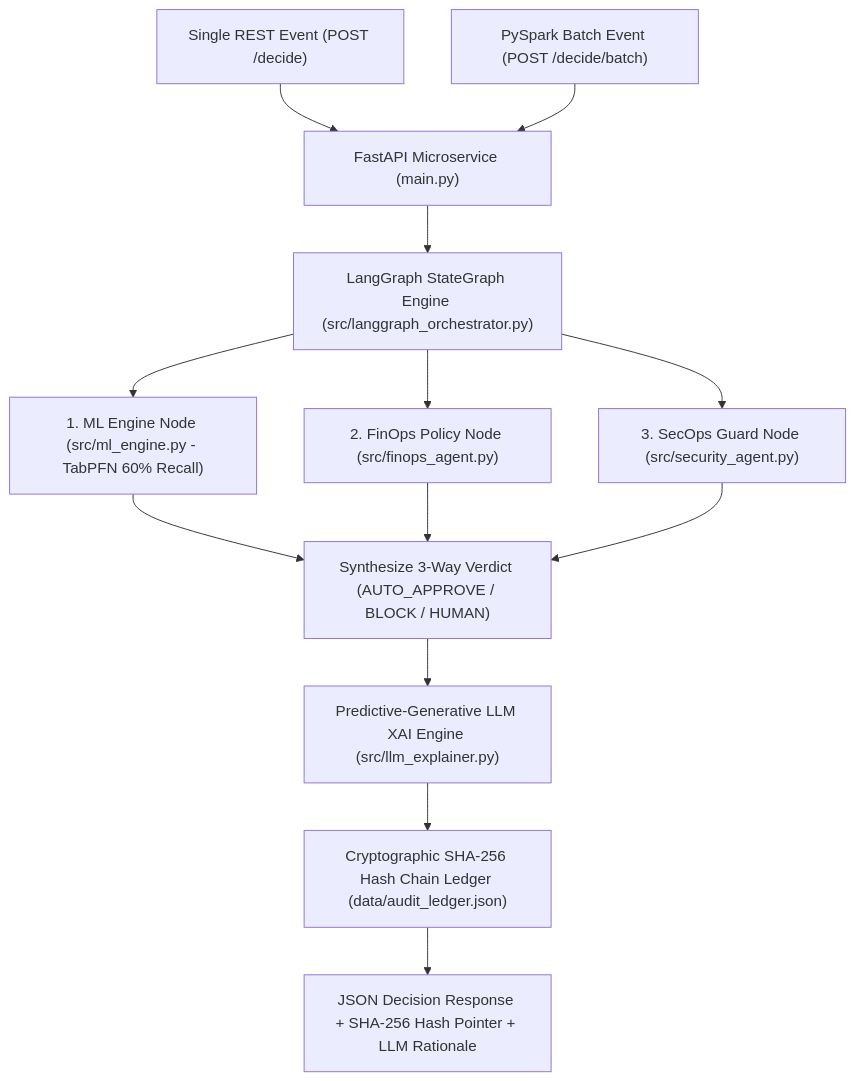
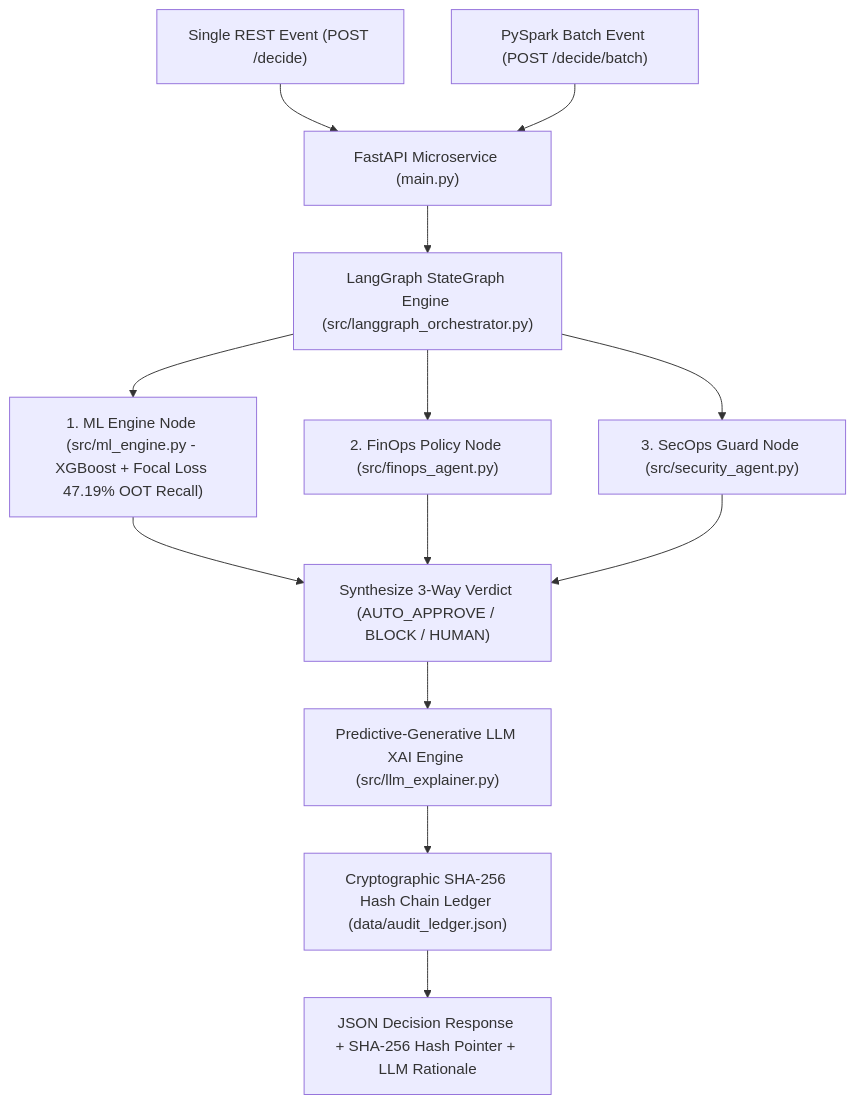
One commit to PriyankaHichkad/FinOps-Security-Agent changed the second of 3 diagrams in docs/DeveloperGuide.md. Above: the diagram before and after it, drawn with Mermaid. The commit also changed other lines of this file and 2 other files, not shown here.

Commit message:
Update Architecture-XGBoost

````diff
--- a/docs/DeveloperGuide.md
+++ b/docs/DeveloperGuide.md
@@ -50,15 +50,15 @@
 ```mermaid
 graph TD
     A1["Single REST Event (POST /decide)"] --> B["FastAPI Microservice (main.py)"]
     A2["PySpark Batch Event (POST /decide/batch)"] --> B
     B --> C["LangGraph StateGraph Engine (src/langgraph_orchestrator.py)"]
     
-    C --> D["1. ML Engine Node (src/ml_engine.py - TabPFN 60% Recall)"]
+    C --> D["1. ML Engine Node (src/ml_engine.py - XGBoost + Focal Loss 47.19% OOT Recall)"]
     C --> E["2. FinOps Policy Node (src/finops_agent.py)"]
     C --> F["3. SecOps Guard Node (src/security_agent.py)"]
     
     D & E & F --> G["Synthesize 3-Way Verdict (AUTO_APPROVE / BLOCK / HUMAN)"]
     G --> H["Predictive-Generative LLM XAI Engine (src/llm_explainer.py)"]
     H --> I["Cryptographic SHA-256 Hash Chain Ledger (data/audit_ledger.json)"]
     I --> J["JSON Decision Response + SHA-256 Hash Pointer + LLM Rationale"]
 ```
````
